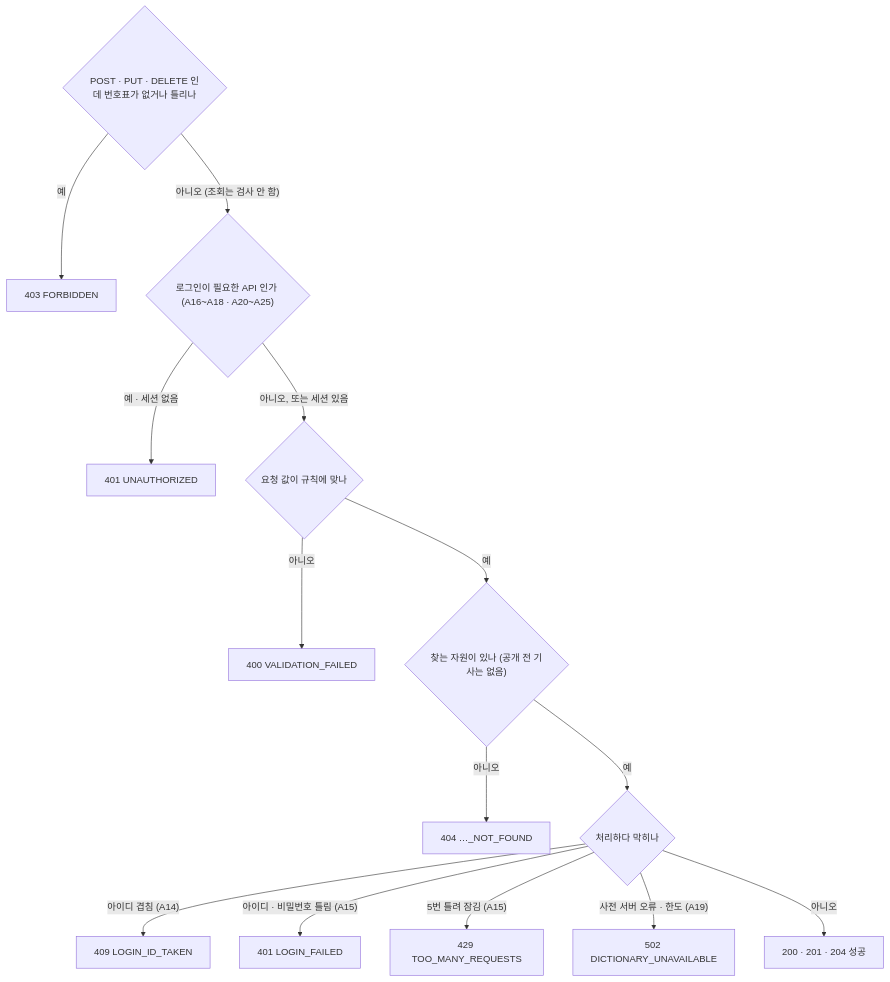
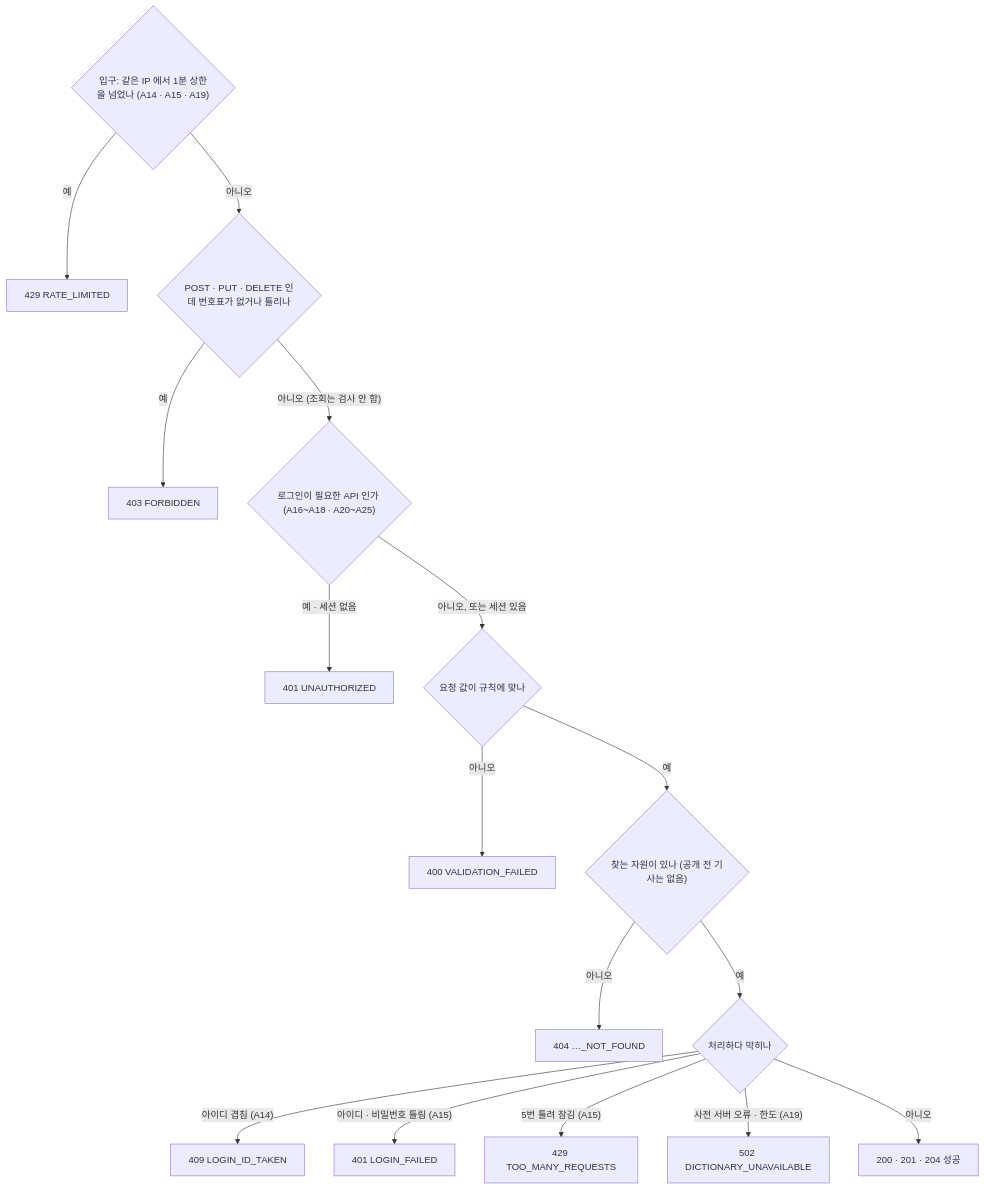
Before and after one commit to a102-NEWLEARN/NEW-LEARN: the second of 5 diagrams in docs/api.md, drawn with Mermaid. The commit also changed other lines of this file and 6 other files, not shown here.

First line of the commit message:
feat(infra): 주소별 요청 수 상한 — A19 용어사전 1분 100 · A15 로그인 20 · A14 가입 10, 넘으면 429 RATE_LIMITED (Jira 135)

````diff
--- a/docs/api.md
+++ b/docs/api.md
@@ -96,15 +96,17 @@
 ```mermaid
 flowchart TD
+  R{"입구: 같은 IP 에서 1분 상한을 넘었나 (A14 · A15 · A19)"} -- "예" --> E429r["429 RATE_LIMITED"]
+  R -- "아니오" --> C
   C{"POST · PUT · DELETE 인데 번호표가 없거나 틀리나"} -- "예" --> E403["403 FORBIDDEN"]
   C -- "아니오 (조회는 검사 안 함)" --> A{"로그인이 필요한 API 인가 (A16~A18 · A20~A25)"} -- "예 · 세션 없음" --> E401["401 UNAUTHORIZED"]
   A -- "아니오, 또는 세션 있음" --> V{"요청 값이 규칙에 맞나"}
   V -- "아니오" --> E400["400 VALIDATION_FAILED"]
   V -- "예" --> F{"찾는 자원이 있나 (공개 전 기사는 없음)"}
   F -- "아니오" --> E404["404 …_NOT_FOUND"]
   F -- "예" --> P{"처리하다 막히나"}
   P -- "아이디 겹침 (A14)" --> E409["409 LOGIN_ID_TAKEN"]
   P -- "아이디 · 비밀번호 틀림 (A15)" --> E401b["401 LOGIN_FAILED"]
   P -- "5번 틀려 잠김 (A15)" --> E429["429 TOO_MANY_REQUESTS"]
   P -- "사전 서버 오류 · 한도 (A19)" --> E502["502 DICTIONARY_UNAVAILABLE"]
   P -- "아니오" --> OK["200 · 201 · 204 성공"]
 ```
````
